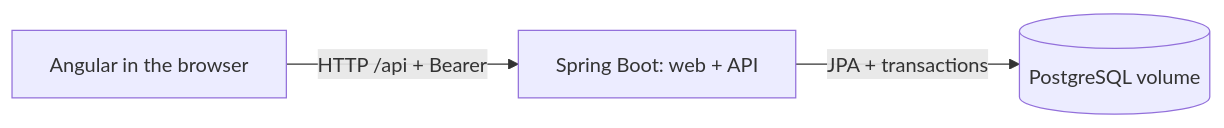
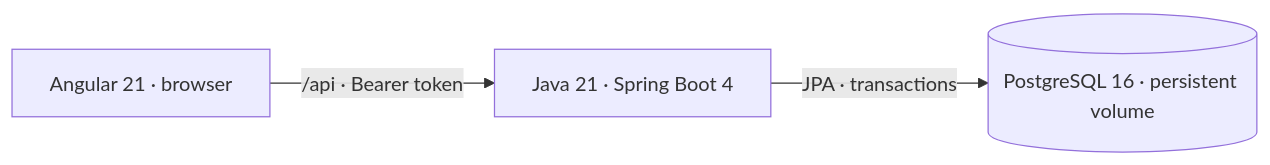
The diagram in README.md (Brahyam08/storage-manager), drawn with Mermaid before and after one commit. The commit also changed other lines of this file and 1 other file, not shown here.

Commit message:
docs: focus portfolio README and extract API reference

````diff
--- a/README.md
+++ b/README.md
@@ -23,5 +75,5 @@
 ```mermaid
 flowchart LR
-    Browser["Angular in the browser"] -->|"HTTP /api + Bearer"| App["Spring Boot: web + API"]
-    App -->|"JPA + transactions"| DB[("PostgreSQL volume")]
+    Browser["Angular 21 · browser"] -->|"/api · Bearer token"| App["Java 21 · Spring Boot 4"]
+    App -->|"JPA · transactions"| DB[("PostgreSQL 16 · persistent volume")]
 ```
````
